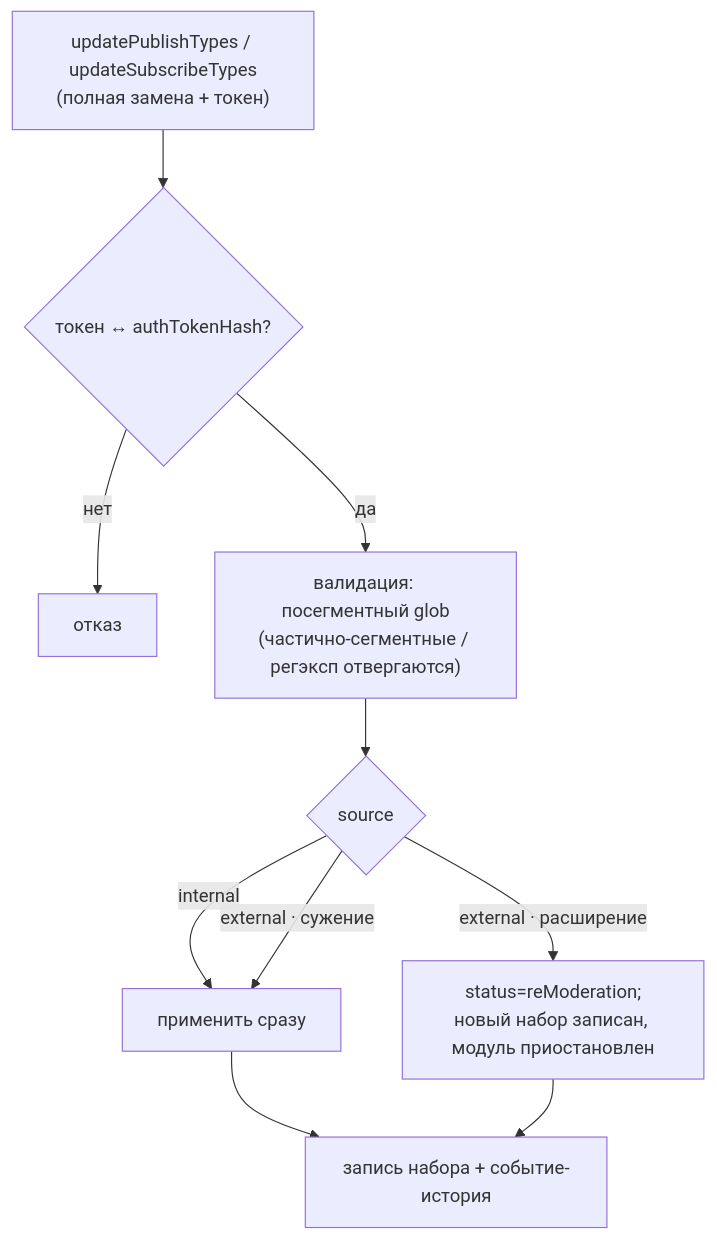
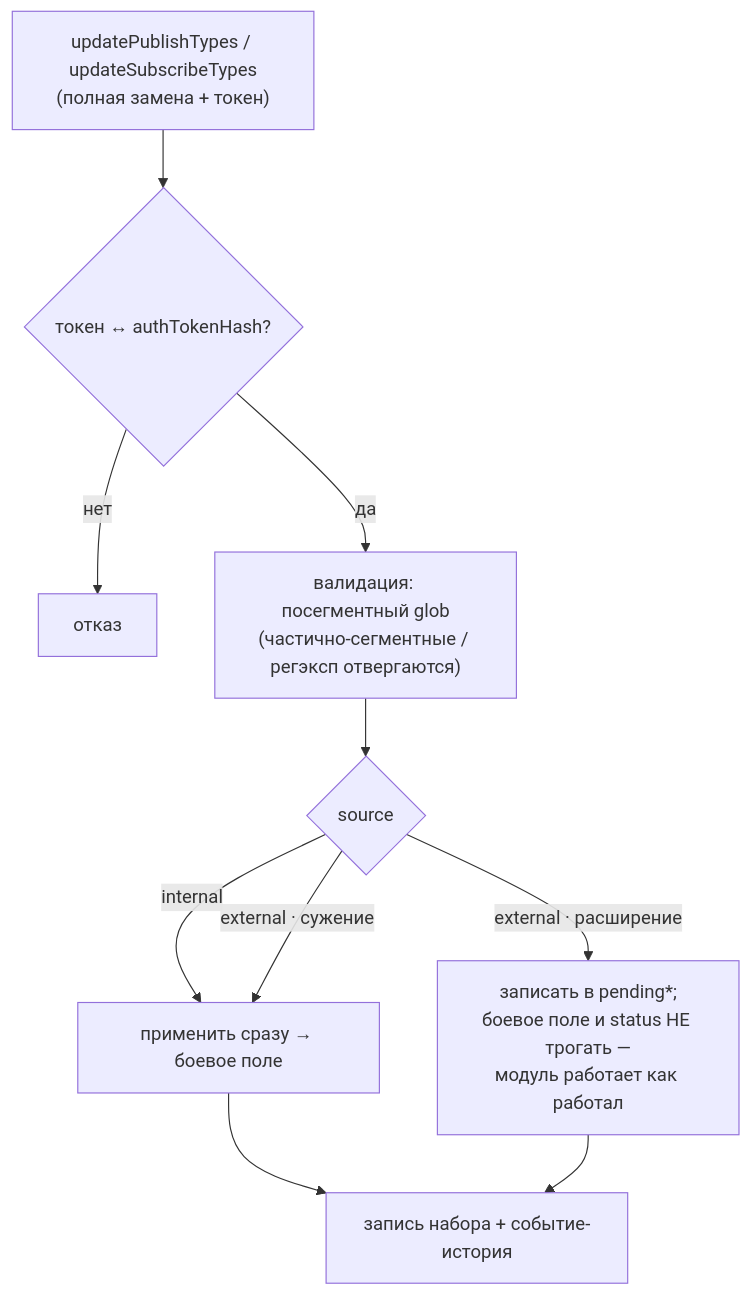
The fifth of 9 diagrams in s.chtm.khudoley.pro/p/units/aley/bpm/core/docs/spec/spec-map.md (andrey-khudoley/Chatium), drawn with Mermaid before and after one commit. The commit also changed other lines of this file and 7 other files, not shown here.

````diff
--- a/s.chtm.khudoley.pro/p/units/aley/bpm/core/docs/spec/spec-map.md
+++ b/s.chtm.khudoley.pro/p/units/aley/bpm/core/docs/spec/spec-map.md
@@ -163,12 +180,12 @@
 ```mermaid
 flowchart TB
   U["updatePublishTypes / updateSubscribeTypes<br/>(полная замена + токен)"] --> A{"токен ↔ authTokenHash?"}
   A -->|"нет"| X["отказ"]
   A -->|"да"| V["валидация: посегментный glob<br/>(частично-сегментные / регэксп отвергаются)"]
   V --> S{"source"}
-  S -->|"internal"| AP["применить сразу"]
-  S -->|"external · расширение"| MOD["status=reModeration;<br/>новый набор записан, модуль приостановлен"]
+  S -->|"internal"| AP["применить сразу → боевое поле"]
+  S -->|"external · расширение"| MOD["записать в pending*;<br/>боевое поле и status НЕ трогать —<br/>модуль работает как работал"]
   S -->|"external · сужение"| AP
   AP --> EV["запись набора + событие-история"]
   MOD --> EV
 ```
````
